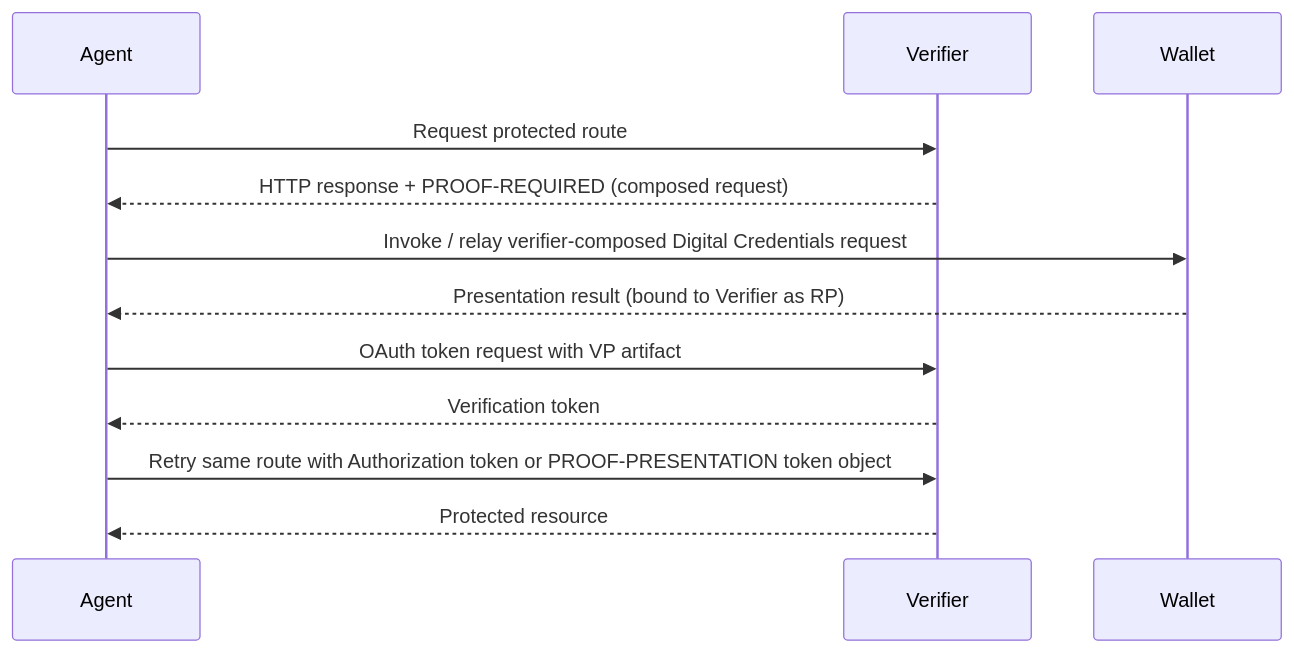
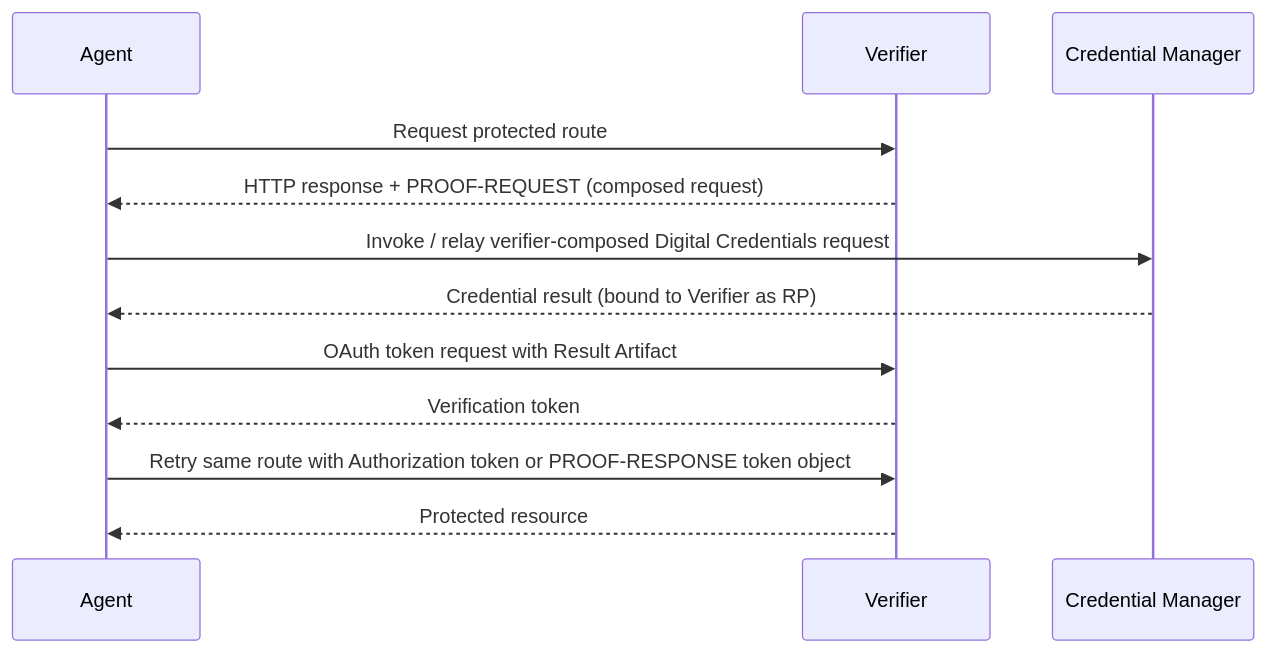
Before and after one commit to proof/x401: the second of 2 diagrams in spec.md, drawn with Mermaid. The commit also changed other lines of this file, not shown here.

````diff
--- a/spec.md
+++ b/spec.md
@@ -261,14 +261,14 @@
 ```mermaid
 sequenceDiagram
     participant Agent
     participant Verifier
-    participant Wallet
+    participant CM as Credential Manager
     Agent->>Verifier: Request protected route
-    Verifier-->>Agent: HTTP response + PROOF-REQUIRED (composed request)
-    Agent->>Wallet: Invoke / relay verifier-composed Digital Credentials request
-    Wallet-->>Agent: Presentation result (bound to Verifier as RP)
-    Agent->>Verifier: OAuth token request with VP artifact
+    Verifier-->>Agent: HTTP response + PROOF-REQUEST (composed request)
+    Agent->>CM: Invoke / relay verifier-composed Digital Credentials request
+    CM-->>Agent: Credential result (bound to Verifier as RP)
+    Agent->>Verifier: OAuth token request with Result Artifact
     Verifier-->>Agent: Verification token
-    Agent->>Verifier: Retry same route with Authorization token or PROOF-PRESENTATION token object
+    Agent->>Verifier: Retry same route with Authorization token or PROOF-RESPONSE token object
     Verifier-->>Agent: Protected resource
 ```
````
